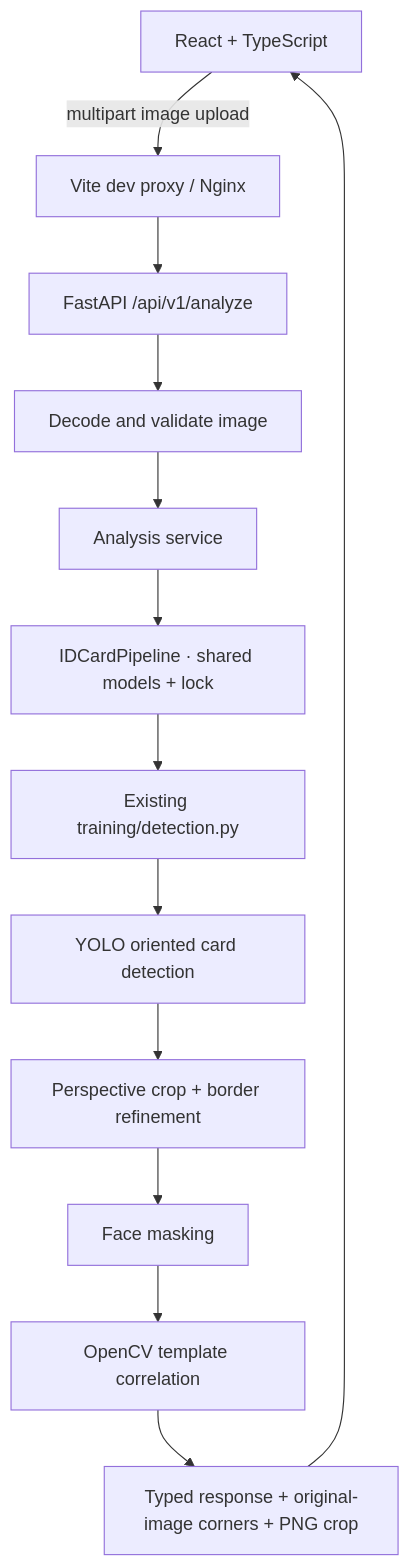
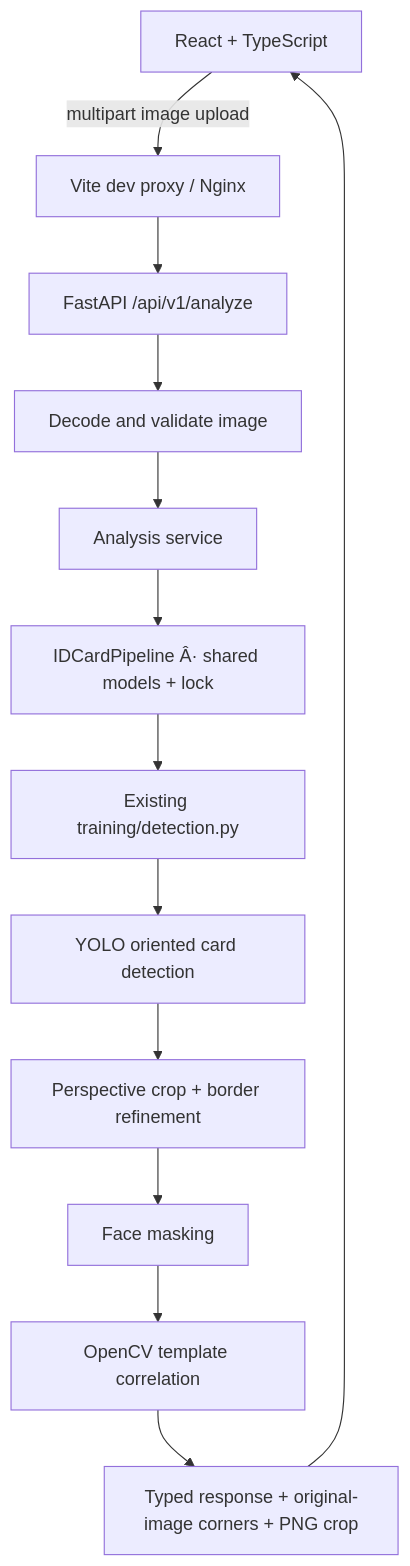
Before and after one commit to hoanglqd-a1/idcard_detection: the diagram in README.md, drawn with Mermaid. The commit also changed other lines of this file and 13 other files, not shown here.

````diff
--- a/README.md
+++ b/README.md
@@ -35,15 +35,15 @@
 ```mermaid
 flowchart TD
     Browser[React + TypeScript] -->|multipart image upload| Proxy[Vite dev proxy / Nginx]
     Proxy --> API[FastAPI /api/v1/analyze]
     API --> Validation[Decode and validate image]
     Validation --> Service[Analysis service]
-    Service --> Adapter[IDCardPipeline · shared models + lock]
+    Service --> Adapter[IDCardPipeline Â· shared models + lock]
     Adapter --> Legacy[Existing training/detection.py]
     Legacy --> Detect[YOLO oriented card detection]
     Detect --> Crop[Perspective crop + border refinement]
     Crop --> Mask[Face masking]
     Mask --> Match[OpenCV template correlation]
     Match --> Response[Typed response + original-image corners + PNG crop]
     Response --> Browser
 ```
````
